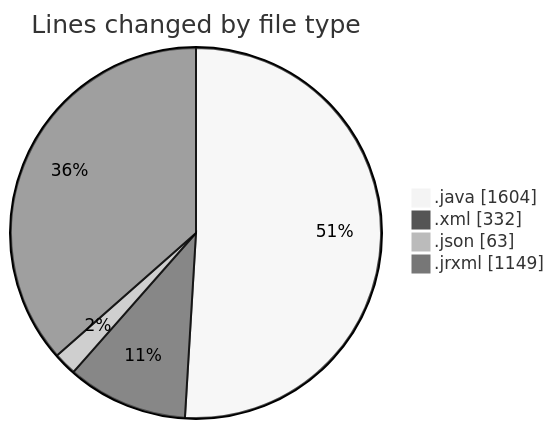
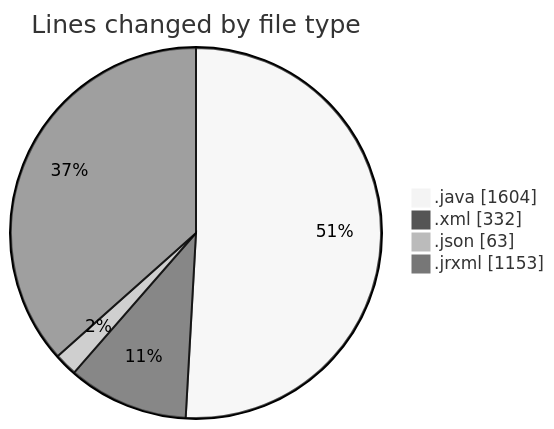
One commit to ricardozamudiocil/code-tracking changed the first of 2 diagrams in 2026-07-07/cilreports__workspace_/README.md. Above: the diagram before and after it, drawn with Mermaid (neutral theme). The commit also changed other lines of this file and 1 other file, not shown here.

````diff
--- a/2026-07-07/cilreports__workspace_/README.md
+++ b/2026-07-07/cilreports__workspace_/README.md
@@ -29,8 +29,8 @@
 ```mermaid
 pie showData
 title Lines changed by file type
 ".java" : 1604
 ".xml" : 332
 ".json" : 63
-".jrxml" : 1149
+".jrxml" : 1153
 ```
````
